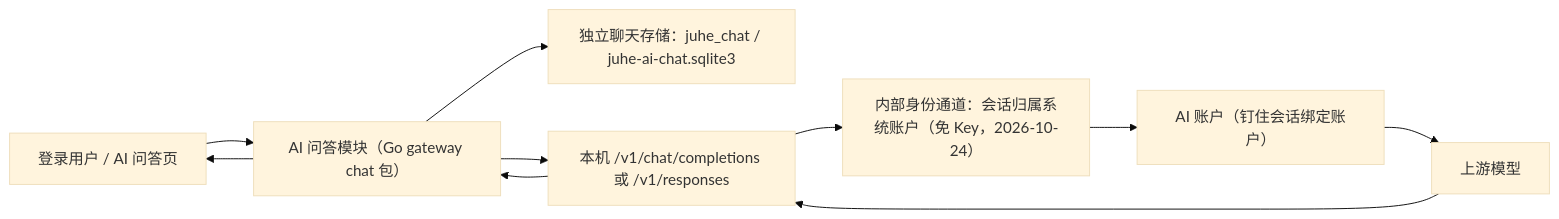
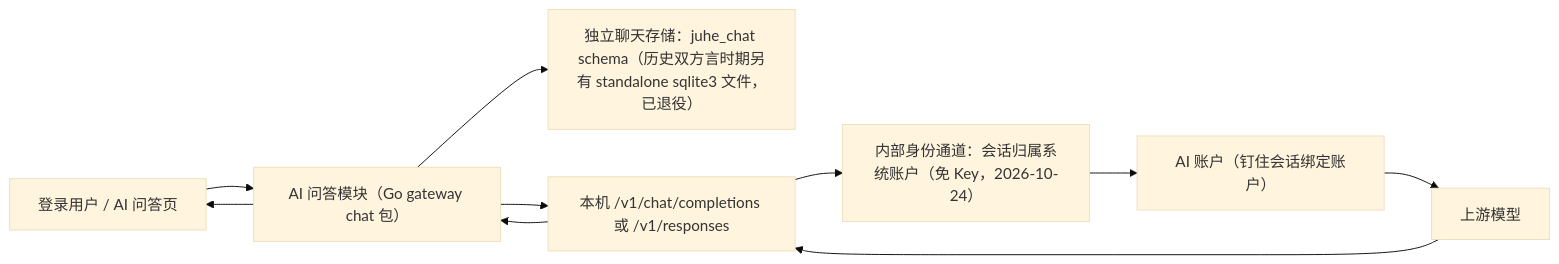
The diagram in docs/functions/AI问答设计.md (huanmin123/juhe-ai), drawn with Mermaid (base theme) before and after one commit. The commit also changed other lines of this file and 134 other files, not shown here.

````diff
--- a/docs/functions/AI问答设计.md
+++ b/docs/functions/AI问答设计.md
@@ -74,12 +75,12 @@
 ```mermaid
 flowchart LR
   User["登录用户 / AI 问答页"] --> Chat["AI 问答模块（Go gateway chat 包）"]
-  Chat --> DB["独立聊天存储：juhe_chat / juhe-ai-chat.sqlite3"]
+  Chat --> DB["独立聊天存储：juhe_chat schema（历史双方言时期另有 standalone sqlite3 文件，已退役）"]
   Chat --> Gateway["本机 /v1/chat/completions 或 /v1/responses"]
   Gateway --> Identity["内部身份通道：会话归属系统账户（免 Key，2026-10-24）"]
   Identity --> Account["AI 账户（钉住会话绑定账户）"]
   Account --> Upstream["上游模型"]
   Upstream --> Gateway
   Gateway --> Chat
   Chat --> User
 ```
````
